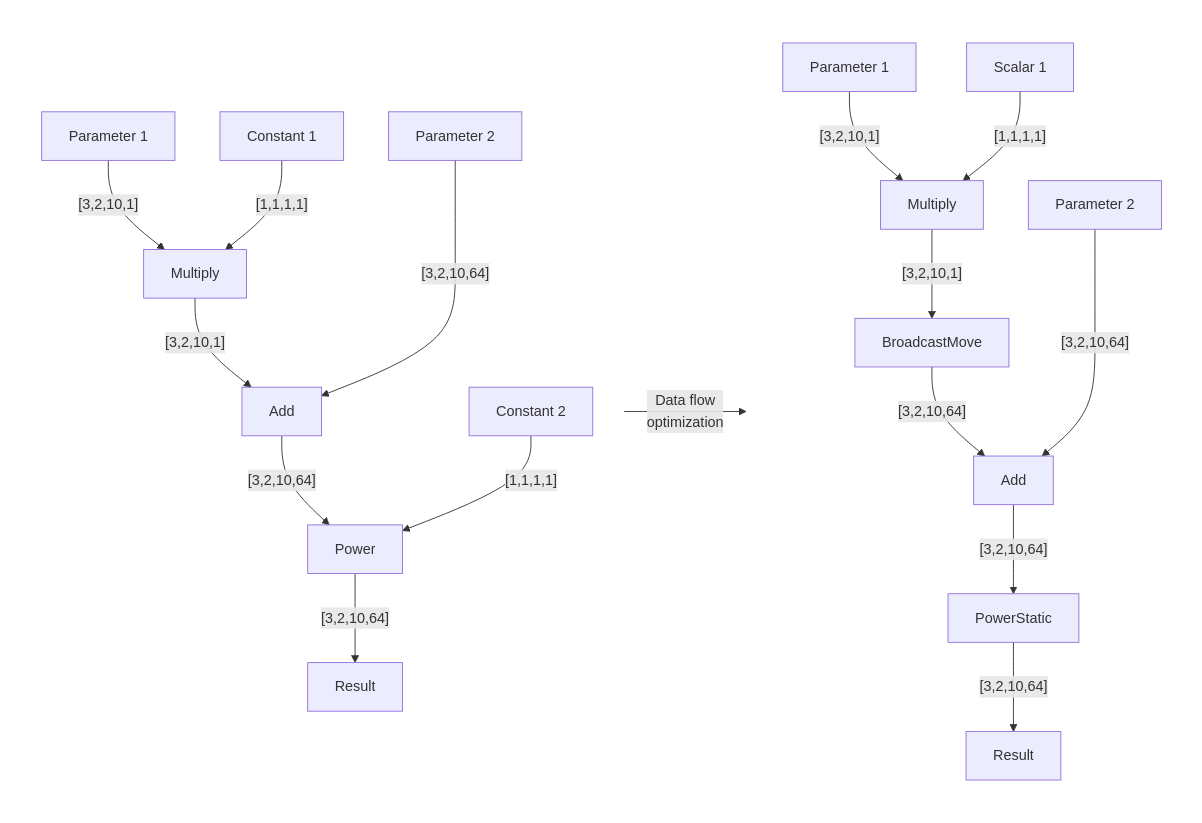
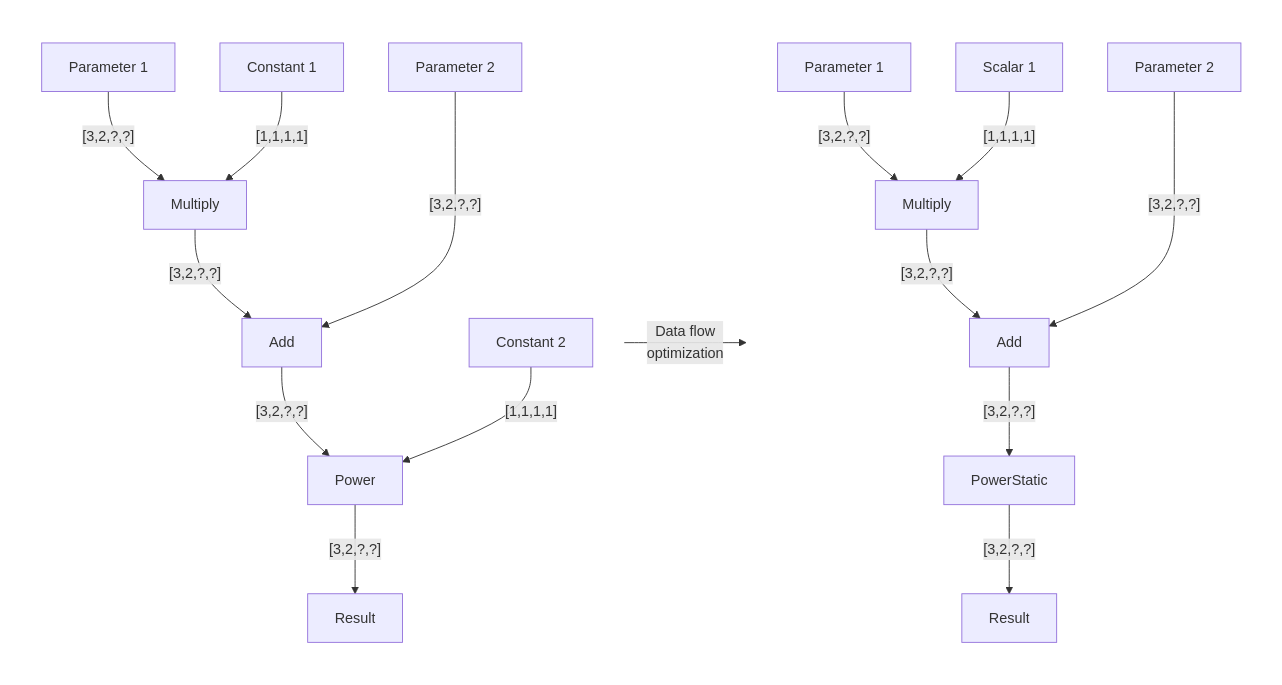
One commit to openvinotoolkit/openvino changed diagram 11 of 12 in src/common/snippets/docs/snippets_design_guide.md. Above: the diagram before and after it, drawn with Mermaid. The commit also changed other lines of this file, not shown here.

````diff
--- a/src/common/snippets/docs/snippets_design_guide.md
+++ b/src/common/snippets/docs/snippets_design_guide.md
@@ -449,26 +450,26 @@
 ```mermaid
  graph LR
    subgraph left[" "]
       direction TB
-      P10[Parameter 1]-->|"[3,2,10,1]"|S0["Multiply"]
+      P10[Parameter 1]-->|"[3,2,?,?]"|S0["Multiply"]
       C10[Constant 1]-->|"[1,1,1,1]"|S0
-      S0-->|"[3,2,10,1]"|Add0[Add]
-      Add0-->|"[3,2,10,64]"|Power0[Power]
+      S0-->|"[3,2,?,?]"|Add0[Add]
+      Add0-->|"[3,2,?,?]"|Power0[Power]
       C20[Constant 2]-->|"[1,1,1,1]"|Power0
-      P20[Parameter 2]--->|"[3,2,10,64]"|Add0
-      Power0-->|"[3,2,10,64]"|R0["Result"]
+      P20[Parameter 2]--->|"[3,2,?,?]"|Add0
+      Power0-->|"[3,2,?,?]"|R0["Result"]
    end
    subgraph middle[" "]
       direction TB
-      P11[Parameter 1]-->|"[3,2,10,1]"|S1["Multiply"]
+      P11[Parameter 1]-->|"[3,2,?,?]"|S1["Multiply"]
       C11[Scalar 1]-->|"[1,1,1,1]"|S1
-      S1-->|"[3,2,10,1]"|B1[BroadcastMove]-->|"[3,2,10,64]"|Add1[Add]
-      Add1-->|"[3,2,10,64]"|Power1[PowerStatic]
-      P21[Parameter 2]--->|"[3,2,10,64]"|Add1
-      Power1-->|"[3,2,10,64]"|R1["Result"]
+      S1-->|"[3,2,?,?]"|Add1[Add]
+      Add1-->|"[3,2,?,?]"|Power1[PowerStatic]
+      P21[Parameter 2]--->|"[3,2,?,?]"|Add1
+      Power1-->|"[3,2,?,?]"|R1["Result"]
    end
    left-->|Data flow \n optimization|middle
 %%   middle-->|<font size=+1>Attach Add\n to Subgraph</font>|right
    classDef no-bg-color fill:none,stroke-width:0px
    class left,middle,right no-bg-color
 ```
````
